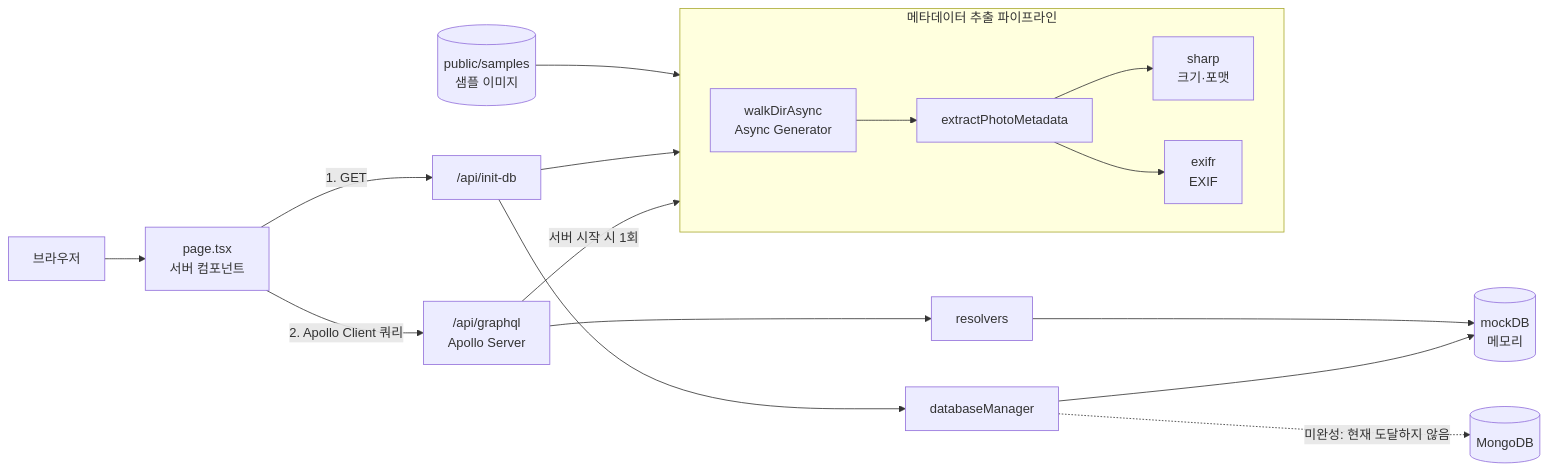
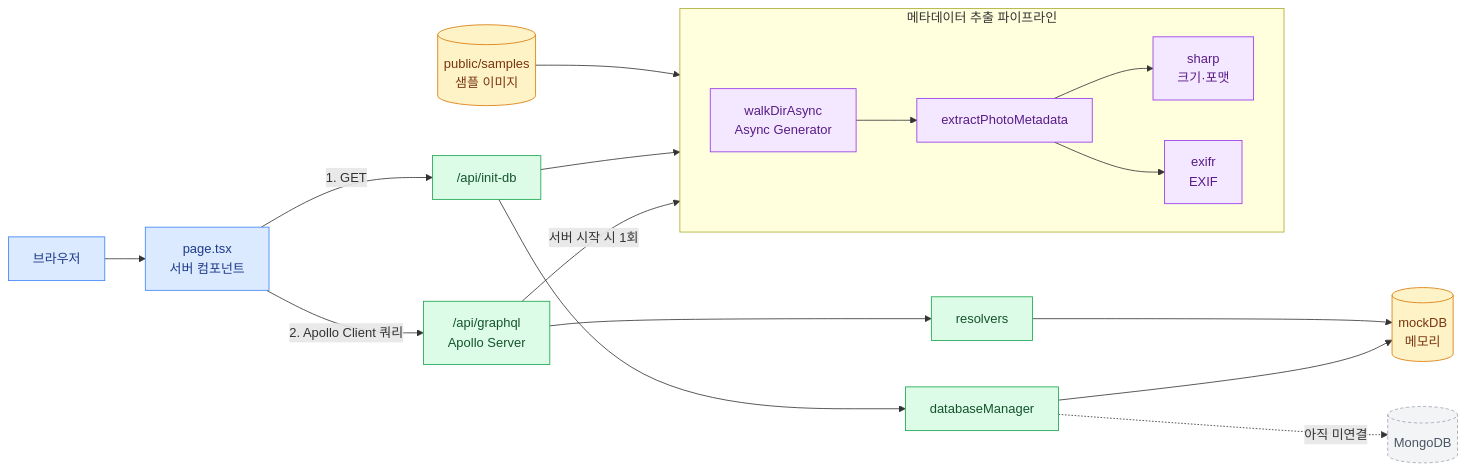
Before and after one commit to loquemedalagana/image-insight: the diagram in README.md, drawn with Mermaid. The commit also changed other lines of this file and 1 other file, not shown here.

Commit message:
- docs: add colors to architecture diagram and reword labels

````diff
--- a/README.md
+++ b/README.md
@@ -78,22 +78,34 @@
 ```mermaid
 flowchart LR
     B[브라우저] --> P["page.tsx<br/>서버 컴포넌트"]
     P -->|"1. GET"| I["/api/init-db"]
     P -->|"2. Apollo Client 쿼리"| G["/api/graphql<br/>Apollo Server"]
     G --> R[resolvers]
     R --> M[("mockDB<br/>메모리")]
     I --> DM[databaseManager]
     DM --> M
-    DM -.->|"미완성: 현재 도달하지 않음"| MG[("MongoDB")]
+    DM -.->|"아직 미연결"| MG[("MongoDB")]
 
     subgraph EX["메타데이터 추출 파이프라인"]
         direction LR
         W["walkDirAsync<br/>Async Generator"] --> E[extractPhotoMetadata]
         E --> S["sharp<br/>크기·포맷"]
         E --> X["exifr<br/>EXIF"]
     end
 
     I --> EX
     G -->|"서버 시작 시 1회"| EX
     F[("public/samples<br/>샘플 이미지")] --> W
+
+    classDef client fill:#dbeafe,stroke:#3b82f6,color:#1e3a8a
+    classDef api fill:#dcfce7,stroke:#16a34a,color:#14532d
+    classDef store fill:#fef3c7,stroke:#d97706,color:#78350f
+    classDef pipe fill:#f3e8ff,stroke:#9333ea,color:#581c87
+    classDef planned fill:#f3f4f6,stroke:#9ca3af,color:#4b5563,stroke-dasharray:4 3
+
+    class B,P client
+    class I,G,R,DM api
+    class M,F store
+    class W,E,S,X pipe
+    class MG planned
 ```
````
